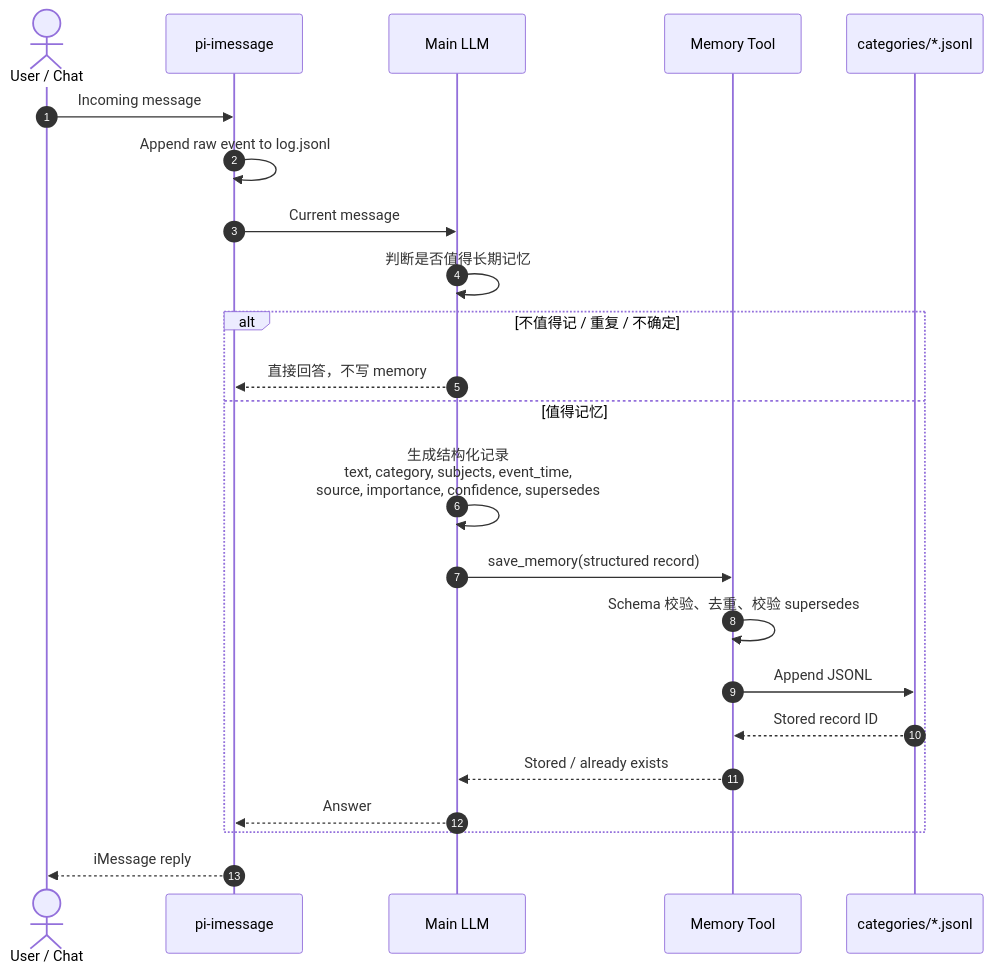
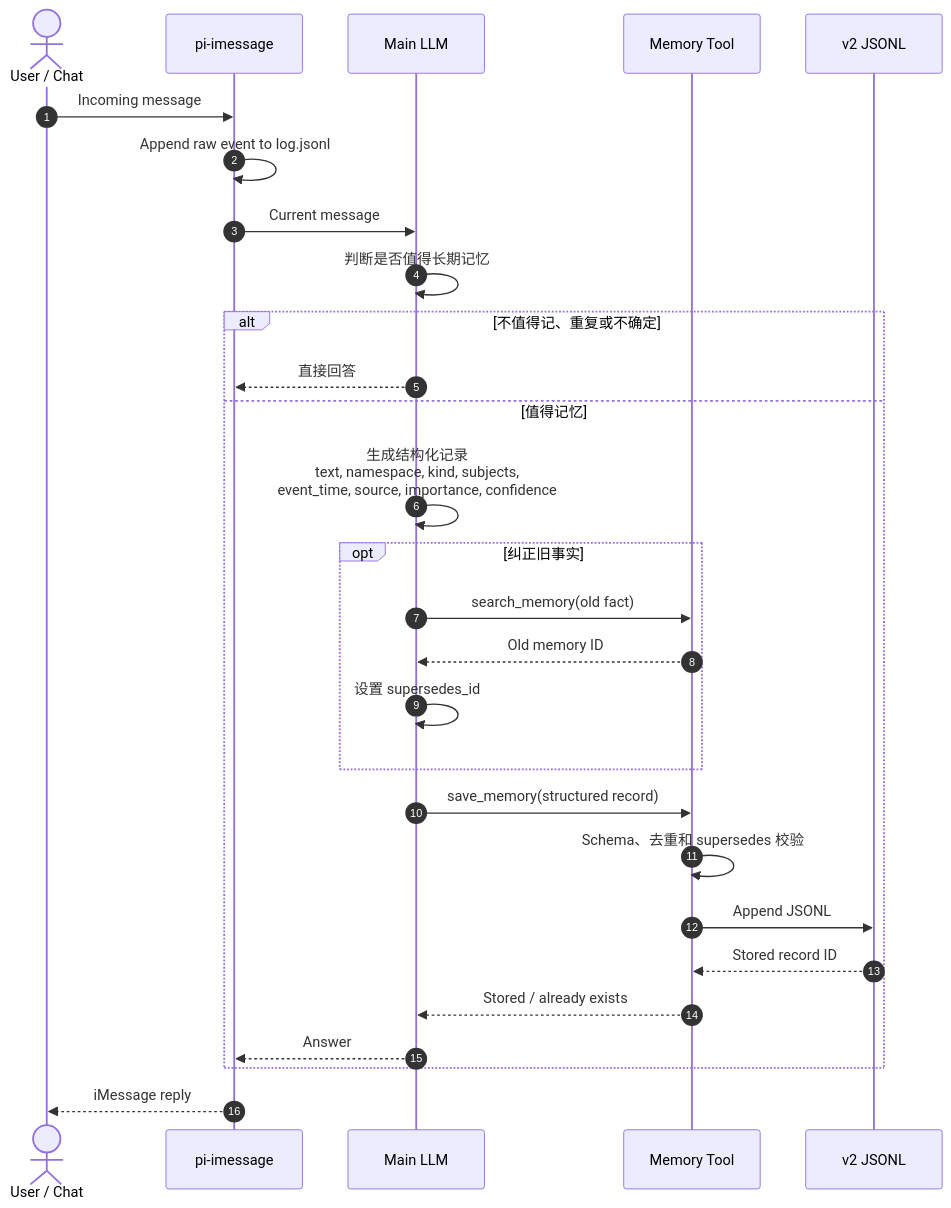
One commit to daya0576/pi-imessage changed the third of 3 diagrams in docs/structured-memory-sequence.md. Above: the diagram before and after it, drawn with Mermaid. The commit also changed other lines of this file, not shown here.

Commit message:
docs: add full legacy memory migration flow

````diff
--- a/docs/structured-memory-sequence.md
+++ b/docs/structured-memory-sequence.md
@@ -37,28 +76,33 @@
 ```mermaid
 sequenceDiagram
     autonumber
     actor U as User / Chat
     participant P as pi-imessage
     participant A as Main LLM
     participant M as Memory Tool
-    participant S as categories/*.jsonl
+    participant S as v2 JSONL
 
     U->>P: Incoming message
     P->>P: Append raw event to log.jsonl
     P->>A: Current message
     A->>A: 判断是否值得长期记忆
 
-    alt 不值得记 / 重复 / 不确定
-        A-->>P: 直接回答，不写 memory
+    alt 不值得记、重复或不确定
+        A-->>P: 直接回答
     else 值得记忆
-        A->>A: 生成结构化记录<br/>text, category, subjects, event_time,<br/>source, importance, confidence, supersedes
+        A->>A: 生成结构化记录<br/>text, namespace, kind, subjects,<br/>event_time, source, importance, confidence
+        opt 纠正旧事实
+            A->>M: search_memory(old fact)
+            M-->>A: Old memory ID
+            A->>A: 设置 supersedes_id
+        end
         A->>M: save_memory(structured record)
-        M->>M: Schema 校验、去重、校验 supersedes
+        M->>M: Schema、去重和 supersedes 校验
         M->>S: Append JSONL
         S-->>M: Stored record ID
         M-->>A: Stored / already exists
         A-->>P: Answer
     end
 
     P-->>U: iMessage reply
 ```
````
